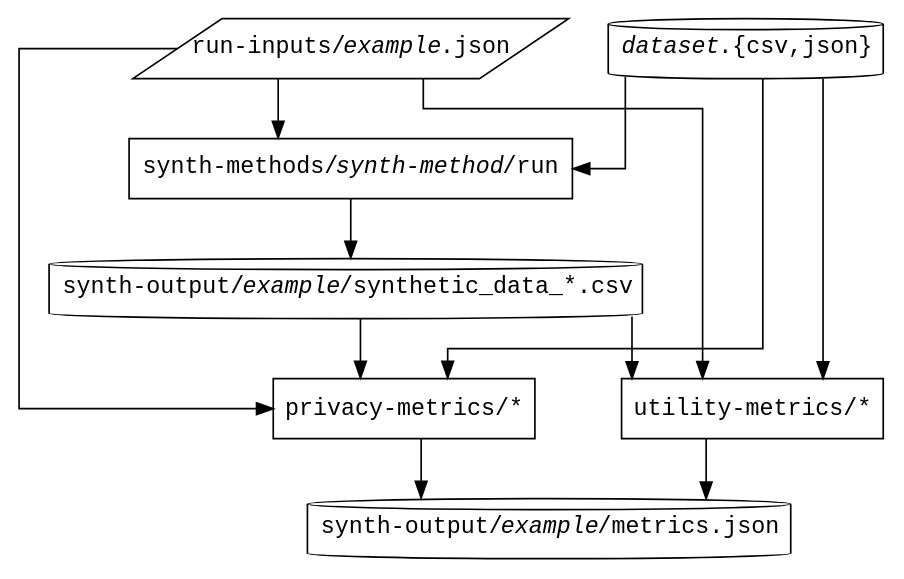
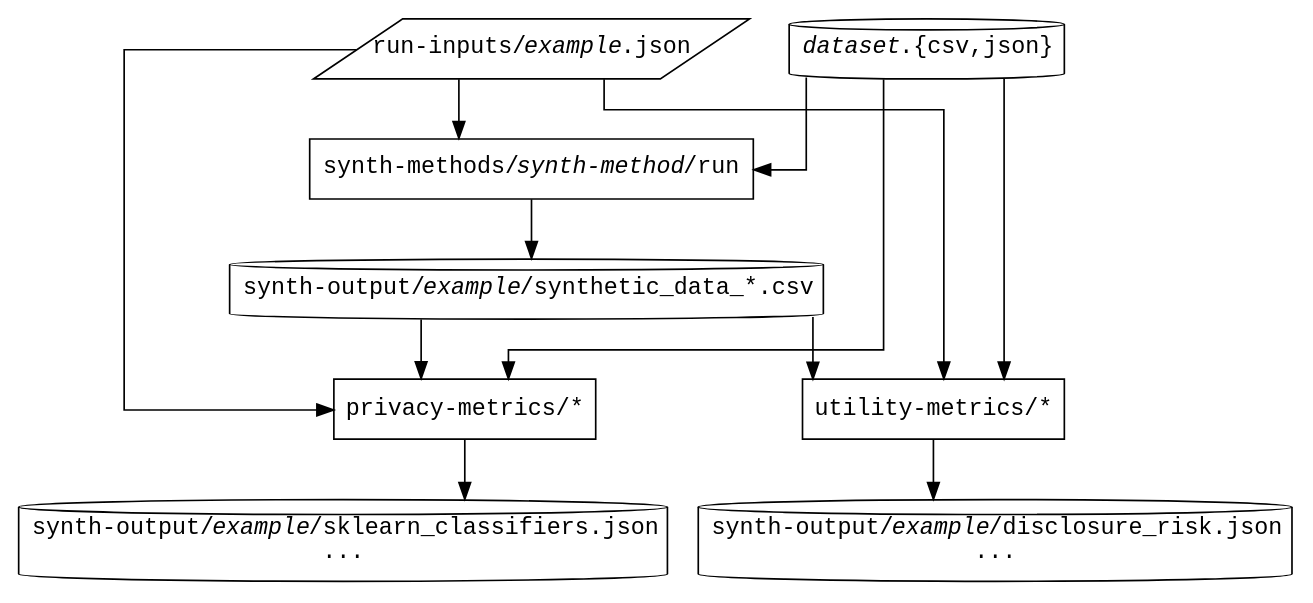
The diagram in doc/fig/pipeline.dot (alan-turing-institute/QUIPP-pipeline), drawn with Graphviz before and after one commit. The commit also changed 6 other files, not shown here.

Commit message:
Rename privacy/utility output files

```diff
--- a/doc/fig/pipeline.dot
+++ b/doc/fig/pipeline.dot
@@ -1,27 +1,28 @@
 digraph pipeline {
 
     node [fontname="courier"]
     graph [splines=ortho, concentrate=true]
     
     dataset [shape=cylinder, label=<<i>dataset</i>.{csv,json}>]
     synth_method [shape=box, label=<synth-methods/<i>synth-method</i>/run>]
     run_inputs [shape=parallelogram, label=<run-inputs/<i>example</i>.json>, width=3.5, fixedsize=TRUE]
     synth_data [shape=cylinder, label=<synth-output/<i>example</i>/synthetic_data_*.csv>]
     privacy_metrics [shape=box, label="utility-metrics/*"]
     utility_metrics [shape=box, label="privacy-metrics/*"]
-    metrics [shape=cylinder, label=<synth-output/<i>example</i>/metrics.json>]
+    privacy_score [shape=cylinder, label=<synth-output/<i>example</i>/disclosure_risk.json<br/>...>]
+    utility_score [shape=cylinder, label=<synth-output/<i>example</i>/sklearn_classifiers.json<br/>...>]
 
     {rank="source"; run_inputs}
     {rank="same"; run_inputs, dataset}
 
     run_inputs -> synth_method -> synth_data
     dataset -> synth_method
 
-    synth_data -> utility_metrics -> metrics
+    synth_data -> utility_metrics -> utility_score
     run_inputs -> utility_metrics
     dataset -> utility_metrics
 
-    synth_data -> privacy_metrics -> metrics
+    synth_data -> privacy_metrics -> privacy_score
     run_inputs -> privacy_metrics
     dataset -> privacy_metrics
 }
```
